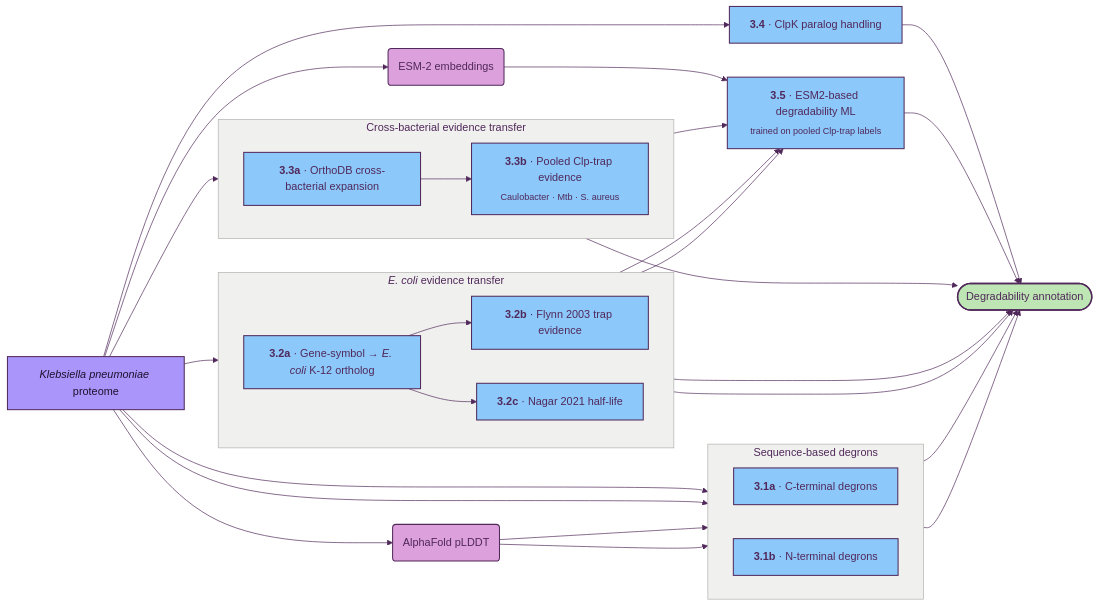
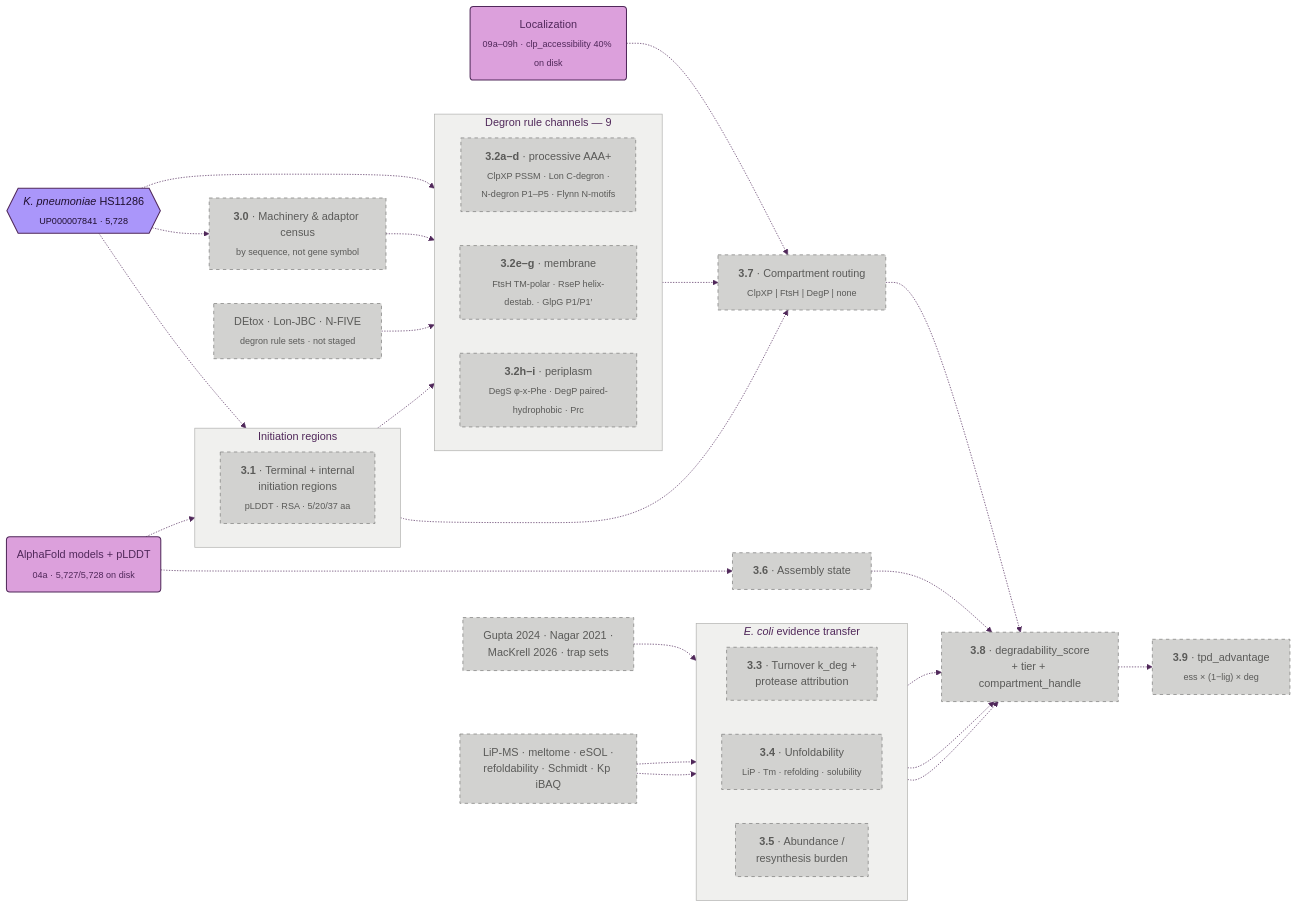
One commit to ersilia-os/gradi-target-prioritization changed the diagram in docs/03_degradability.md. Above: the diagram before and after it, drawn with Mermaid. The commit also changed other lines of this file and 4 other files, not shown here.

````diff
--- a/docs/03_degradability.md
+++ b/docs/03_degradability.md
@@ -5,62 +63,69 @@
 ```mermaid
 %%{init: {'theme':'base','themeVariables':{'primaryColor':'#FAD782','primaryBorderColor':'#50285A','primaryTextColor':'#50285A','lineColor':'#50285A','secondaryColor':'#8CC8FA','tertiaryColor':'#BEE6B4','clusterBkg':'#F0F0EE','clusterBorder':'#B0B0AE','titleColor':'#50285A','fontFamily':'Inter, system-ui, sans-serif'}}}%%
 flowchart LR
     classDef source    fill:#AA96FA,stroke:#50285A,stroke-width:1.5px,color:#1F0F2E
     classDef dataset   fill:#FAD782,stroke:#50285A,stroke-width:1.5px,color:#50285A
     classDef method    fill:#8CC8FA,stroke:#50285A,stroke-width:1.5px,color:#50285A
     classDef embedding fill:#AA96FA,stroke:#50285A,stroke-width:1.5px,color:#1F0F2E
     classDef result    fill:#BEE6B4,stroke:#50285A,stroke-width:2px,color:#50285A
     classDef tagnostic fill:#DCA0DC,stroke:#50285A,stroke-width:1.5px,color:#50285A
     classDef stub      fill:#FAA08C,stroke:#50285A,stroke-width:1.5px,stroke-dasharray:6 3,color:#50285A
     classDef planned   fill:#D2D2D0,stroke:#7A7A78,stroke-width:1px,stroke-dasharray:5 5,color:#5A5A58
 
-    P["<i>Klebsiella pneumoniae</i> proteome"]:::source
+    P{{"<i>K. pneumoniae</i> HS11286<br/><sub>UP000007841 · 5,728</sub>"}}:::source
 
-    STR("AlphaFold pLDDT"):::tagnostic
-    EMB("ESM-2 embeddings"):::tagnostic
+    AF("AlphaFold models + pLDDT<br/><sub>04a · 5,727/5,728 on disk</sub>"):::tagnostic
+    LOC("Localization<br/><sub>09a–09h · clp_accessibility 40% on disk</sub>"):::tagnostic
 
-    subgraph DEGRONS [" Sequence-based degrons "]
+    CENSUS["<b>3.0</b> · Machinery &amp; adaptor census<br/><sub>by sequence, not gene symbol</sub>"]:::planned
+
+    subgraph INIT [" Initiation regions "]
         direction LR
-        CTERM["<b>3.1a</b> · C-terminal degrons"]:::method
-        NTERM["<b>3.1b</b> · N-terminal degrons"]:::method
+        TERM["<b>3.1</b> · Terminal + internal<br/>initiation regions<br/><sub>pLDDT · RSA · 5/20/37 aa</sub>"]:::planned
     end
 
-    subgraph ECOLI [" <i>E. coli</i> evidence transfer "]
+    subgraph DEGRONS [" Degron rule channels — 9 "]
         direction LR
-        ORTH["<b>3.2a</b> · Gene-symbol → <i>E. coli</i> K-12 ortholog"]:::method
-        FLYNN["<b>3.2b</b> · Flynn 2003 trap evidence"]:::method
-        NAGAR["<b>3.2c</b> · Nagar 2021 half-life"]:::method
+        AAA["<b>3.2a–d</b> · processive AAA+<br/><sub>ClpXP PSSM · Lon C-degron ·<br/>N-degron P1–P5 · Flynn N-motifs</sub>"]:::planned
+        MEM["<b>3.2e–g</b> · membrane<br/><sub>FtsH TM-polar · RseP helix-destab. · GlpG P1/P1′</sub>"]:::planned
+        PERI["<b>3.2h–i</b> · periplasm<br/><sub>DegS φ-x-Phe · DegP paired-hydrophobic · Prc</sub>"]:::planned
     end
 
-    subgraph XBAC [" Cross-bacterial evidence transfer "]
+    subgraph XFER [" <i>E. coli</i> evidence transfer "]
         direction LR
-        ORTH_XB["<b>3.3a</b> · OrthoDB cross-bacterial expansion"]:::method
-        XB_TRAP["<b>3.3b</b> · Pooled Clp-trap evidence<br/><sub>Caulobacter · Mtb · S. aureus</sub>"]:::method
+        TURN["<b>3.3</b> · Turnover k_deg +<br/>protease attribution"]:::planned
+        BIO["<b>3.4</b> · Unfoldability<br/><sub>LiP · Tm · refolding · solubility</sub>"]:::planned
+        ABU["<b>3.5</b> · Abundance /<br/>resynthesis burden"]:::planned
     end
 
-    P --> STR
-    P --> EMB
-    P --> CTERM
-    P --> NTERM
-    STR --> CTERM
-    STR --> NTERM
-    P --> ORTH
-    ORTH --> FLYNN
-    ORTH --> NAGAR
-    P --> ORTH_XB
-    ORTH_XB --> XB_TRAP
+    ASM["<b>3.6</b> · Assembly state"]:::planned
+    ROUTE["<b>3.7</b> · Compartment routing<br/><sub>ClpXP | FtsH | DegP | none</sub>"]:::planned
 
-    P --> CLPK["<b>3.4</b> · ClpK paralog handling"]:::method
-    EMB     --> ESM2ML["<b>3.5</b> · ESM2-based degradability ML<br/><sub>trained on pooled Clp-trap labels</sub>"]:::method
-    FLYNN   --> ESM2ML
-    NAGAR   --> ESM2ML
-    XB_TRAP --> ESM2ML
+    D1["DEtox · Lon-JBC · N-FIVE<br/><sub>degron rule sets · not staged</sub>"]:::planned
+    D2["Gupta 2024 · Nagar 2021 ·<br/>MacKrell 2026 · trap sets"]:::planned
+    D3["LiP-MS · meltome · eSOL ·<br/>refoldability · Schmidt · Kp iBAQ"]:::planned
 
-    CTERM   --> SCORE(["Degradability annotation"]):::result
-    NTERM   --> SCORE
-    FLYNN   --> SCORE
-    NAGAR   --> SCORE
-    XB_TRAP --> SCORE
-    CLPK    --> SCORE
-    ESM2ML  --> SCORE
+    SCORE["<b>3.8</b> · degradability_score<br/>+ tier + compartment_handle"]:::planned
+    TPD["<b>3.9</b> · tpd_advantage<br/><sub>ess × (1−lig) × deg</sub>"]:::planned
+
+    P -.-> CENSUS
+    P -.-> TERM
+    P -.-> DEGRONS
+    AF -.-> TERM
+    AF -.-> ASM
+    LOC -.-> ROUTE
+    CENSUS -.-> DEGRONS
+    D1 -.-> DEGRONS
+    D2 -.-> TURN
+    D3 -.-> BIO
+    D3 -.-> ABU
+    TERM -.-> AAA
+    TERM -.-> ROUTE
+    DEGRONS -.-> ROUTE
+    ROUTE -.-> SCORE
+    TURN -.-> SCORE
+    BIO -.-> SCORE
+    ASM -.-> SCORE
+    ABU -.-> SCORE
+    SCORE -.-> TPD
 ```
````
